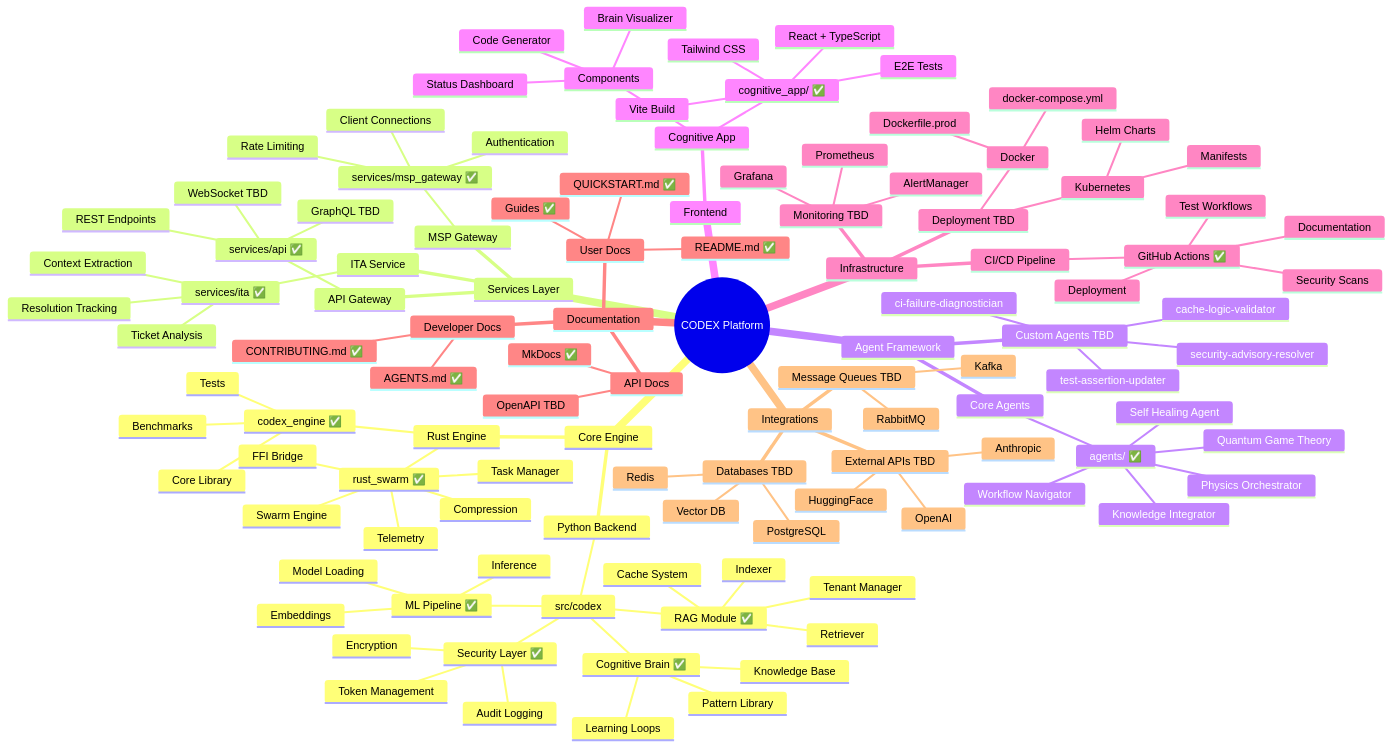
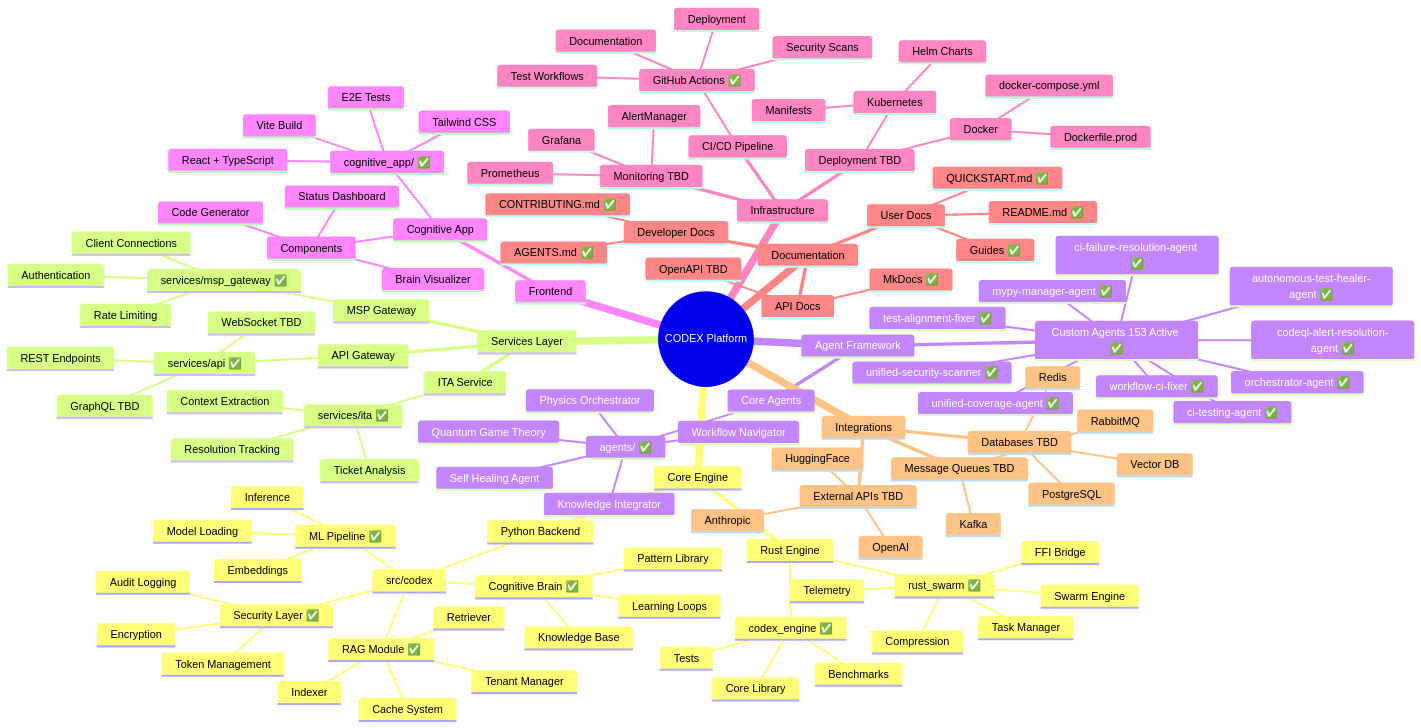
Before and after one commit to Aries-Serpent/_codex_: the first of 9 diagrams in .codex/cognitive_brain/diagrams/PRODUCTION_READY_CODEBASE_MINDMAP.md, drawn with Mermaid. The commit also changed other lines of this file and 2 other files, not shown here.

Commit message:
docs(plans): planset/promptset status review + security planset artifact refresh + mindmap updates
Agent-Logs-Url: https://github.com/Aries-Serpent/_codex_/sessions/694b37bc-e1d6-441e-8681-ca52f12e7dea

```diff
--- a/.codex/cognitive_brain/diagrams/PRODUCTION_READY_CODEBASE_MINDMAP.md
+++ b/.codex/cognitive_brain/diagrams/PRODUCTION_READY_CODEBASE_MINDMAP.md
@@ -65,11 +66,17 @@
           Workflow Navigator
           Knowledge Integrator
           Self Healing Agent
-      Custom Agents TBD
-        test-assertion-updater
-        cache-logic-validator
-        security-advisory-resolver
-        ci-failure-diagnostician
+      Custom Agents 153 Active ✅
+        ci-testing-agent ✅
+        unified-coverage-agent ✅
+        codeql-alert-resolution-agent ✅
+        ci-failure-resolution-agent ✅
+        unified-security-scanner ✅
+        test-alignment-fixer ✅
+        workflow-ci-fixer ✅
+        mypy-manager-agent ✅
+        autonomous-test-healer-agent ✅
+        orchestrator-agent ✅
     Frontend
       Cognitive App
         cognitive_app/ ✅
```
